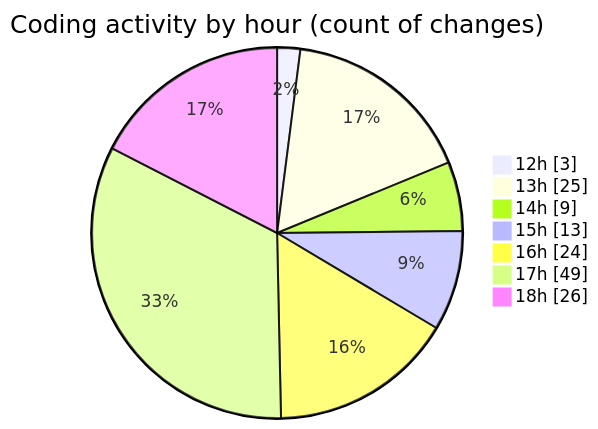
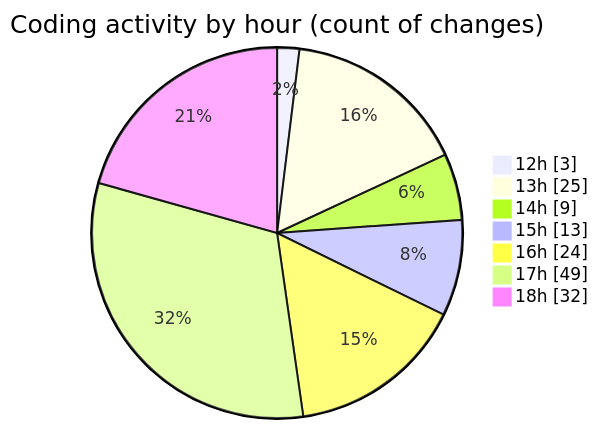
One commit to nxtqubesakshisongat/code-tracking changed the second of 2 diagrams in 2025-09-26/nxtqube_webapp/README.md. Above: the diagram before and after it, drawn with Mermaid. The commit also changed other lines of this file and 1 other file, not shown here.

````diff
--- a/2025-09-26/nxtqube_webapp/README.md
+++ b/2025-09-26/nxtqube_webapp/README.md
@@ -36,11 +36,11 @@
 ```mermaid
 pie showData
 title Coding activity by hour (count of changes)
 "12h" : 3
 "13h" : 25
 "14h" : 9
 "15h" : 13
 "16h" : 24
 "17h" : 49
-"18h" : 26
+"18h" : 32
 ```
````
